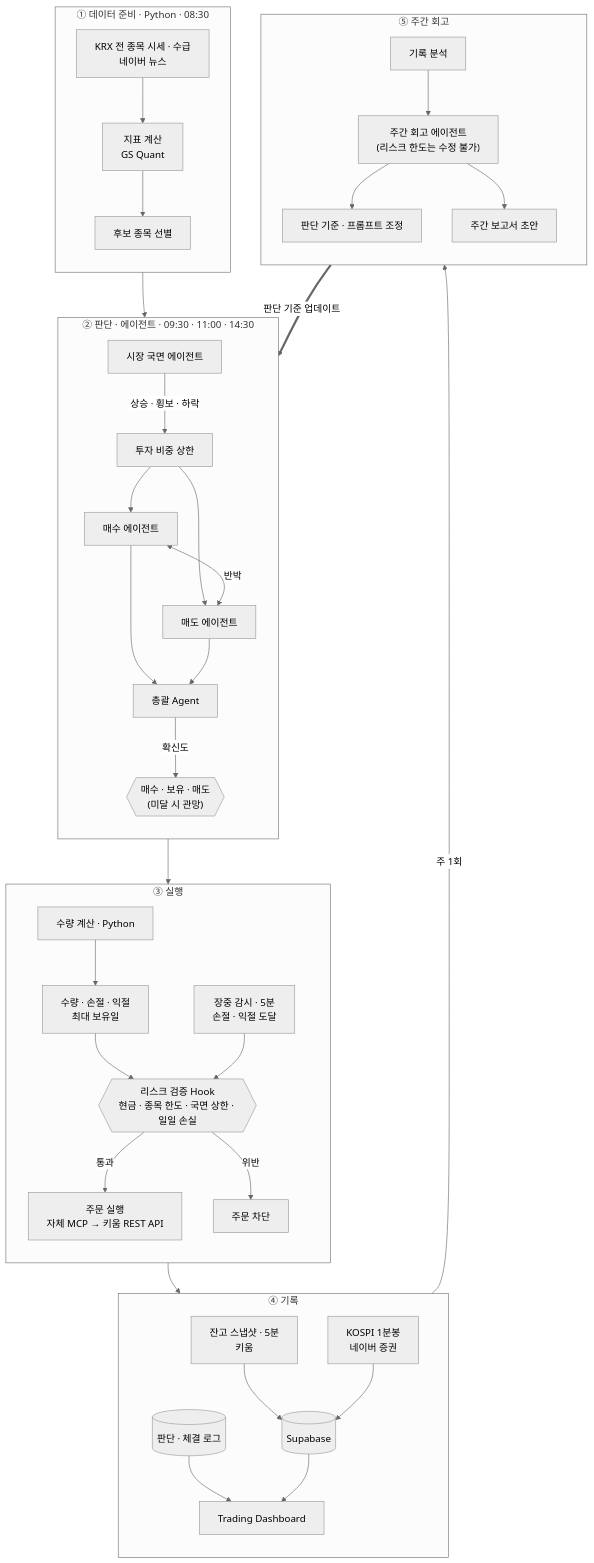
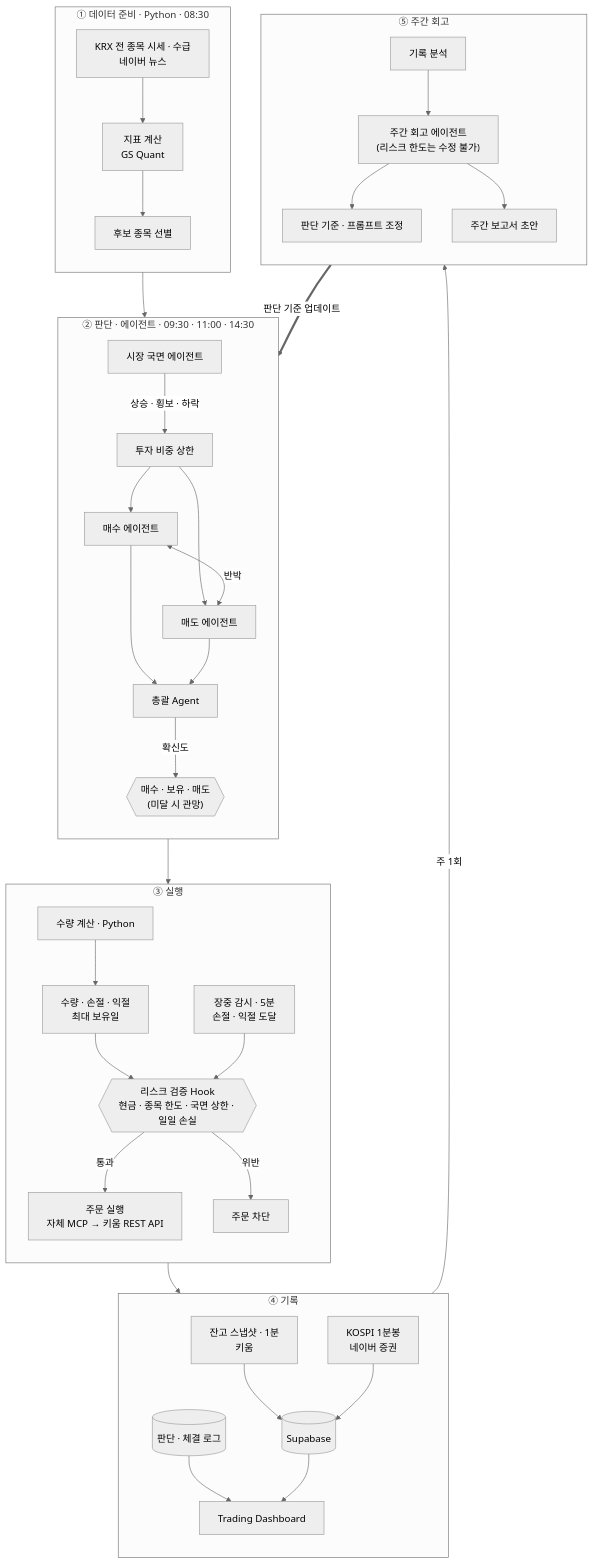
Before and after one commit to isopink/hynix-298f: the diagram in README.ko.md, drawn with Mermaid (neutral theme). The commit also changed other lines of this file and 5 other files, not shown here.

````diff
--- a/README.ko.md
+++ b/README.ko.md
@@ -51,40 +51,40 @@
 ```mermaid
 flowchart TB
     subgraph S1["① 데이터 준비 · Python · 08:30"]
         direction TB
         A1["KRX 전 종목 시세 · 수급<br/>네이버 뉴스"] --> A2["지표 계산<br/>GS Quant"] --> A3["후보 종목 선별"]
     end
     subgraph S2["② 판단 · 에이전트 · 09:30 · 11:00 · 14:30"]
         direction TB
         B1["시장 국면 에이전트"] -->|상승 · 횡보 · 하락| B2["투자 비중 상한"]
         B2 --> C1["매수 에이전트"]
         B2 --> C2["매도 에이전트"]
         C1 <-->|반박| C2
         C1 --> E1["총괄 Agent"]
         C2 --> E1
         E1 -->|확신도| E2{{"매수 · 보유 · 매도<br/>(미달 시 관망)"}}
     end
     subgraph S3["③ 실행"]
         direction TB
         F1["수량 계산 · Python"] --> F2["수량 · 손절 · 익절<br/>최대 보유일"] --> G{{"리스크 검증 Hook<br/>현금 · 종목 한도 · 국면 상한 · 일일 손실"}}
         M["장중 감시 · 5분<br/>손절 · 익절 도달"] --> G
         G -->|통과| H["주문 실행<br/>자체 MCP → 키움 REST API"]
         G -->|위반| X["주문 차단"]
     end
     subgraph S4["④ 기록"]
         direction TB
         I[("판단 · 체결 로그")] --> K["Trading Dashboard"]
-        L["잔고 스냅샷 · 5분<br/>키움"] --> SB[("Supabase")]
+        L["잔고 스냅샷 · 1분<br/>키움"] --> SB[("Supabase")]
         N["KOSPI 1분봉<br/>네이버 증권"] --> SB
         SB --> K
     end
     subgraph S5["⑤ 주간 회고"]
         direction TB
         J1["기록 분석"] --> J2["주간 회고 에이전트<br/>(리스크 한도는 수정 불가)"]
         J2 --> J3["판단 기준 · 프롬프트 조정"]
         J2 --> J4["주간 보고서 초안"]
     end
     S1 --> S2 --> S3 --> S4
     S4 -->|주 1회| S5
     S5 == "판단 기준 업데이트" ==> S2
 ```
````
